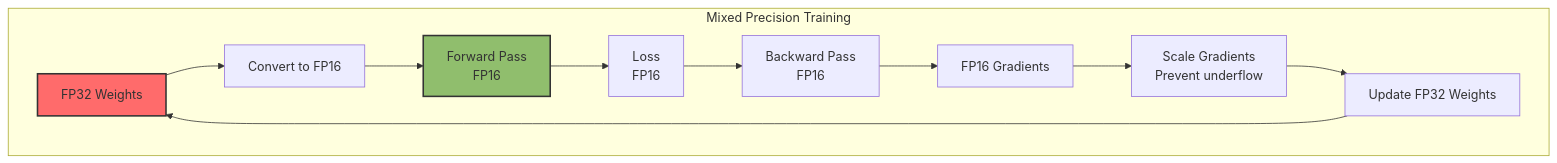
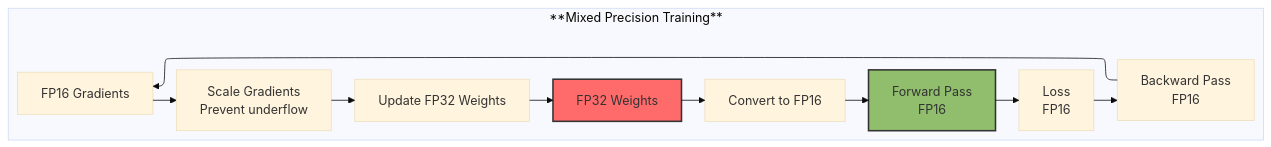
Before and after one commit to Vineet-Sharma-Medium-Stories/Medium-Build-Tool: the third of 4 diagrams in The 2026 AI Metromap/The 2026 AI Metromap: Training Strategies – Learning Rate Scheduling & Beyond.md, drawn with Mermaid. The commit also changed other lines of this file and 37 other files, not shown here.

````diff
--- a/The 2026 AI Metromap/The 2026 AI Metromap: Training Strategies – Learning Rate Scheduling & Beyond.md
+++ b/The 2026 AI Metromap/The 2026 AI Metromap: Training Strategies – Learning Rate Scheduling & Beyond.md
@@ -397,16 +407,21 @@
 ```mermaid
-graph TD
-    subgraph "Mixed Precision Training"
+---
+config:
+  theme: base
+  layout: elk
+---
+graph LR
+    subgraph "**Mixed Precision Training**"
         W[FP32 Weights] --> C[Convert to FP16]
         C --> F[Forward Pass<br/>FP16]
         F --> L[Loss<br/>FP16]
         L --> B[Backward Pass<br/>FP16]
         B --> G[FP16 Gradients]
         G --> S[Scale Gradients<br/>Prevent underflow]
         S --> U[Update FP32 Weights]
         U --> W
     end
     
     style W fill:#ff6b6b,stroke:#333,stroke-width:2px
     style F fill:#90be6d,stroke:#333,stroke-width:2px
 ```
````
